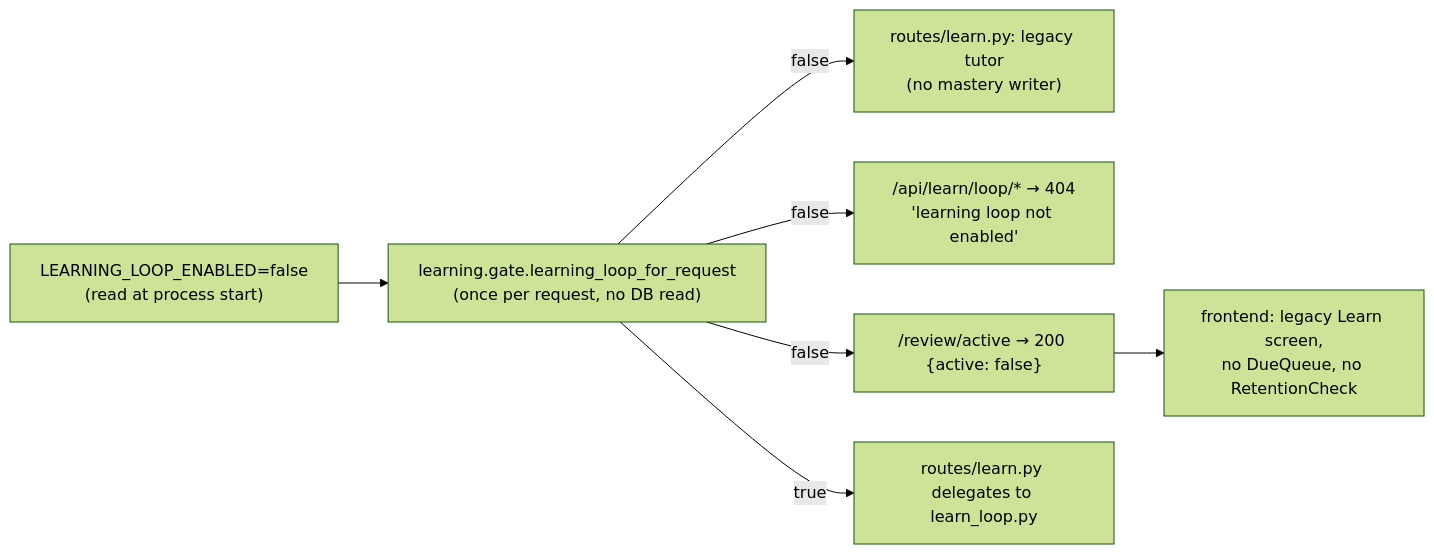
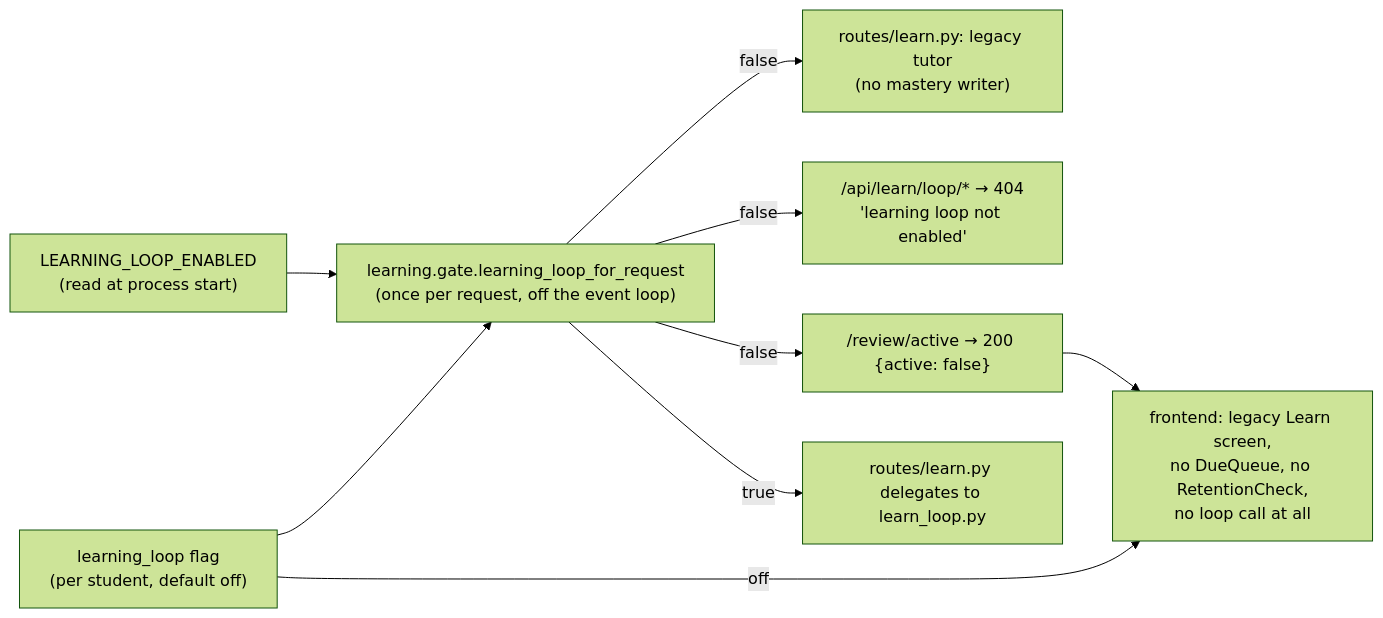
Before and after one commit to SaplingLearn/Sapling: the seventh of 8 diagrams in docs/learning-loop/flows.md, drawn with Mermaid (forest theme). The commit also changed other lines of this file and 63 other files, not shown here.

````diff
--- a/docs/learning-loop/flows.md
+++ b/docs/learning-loop/flows.md
@@ -918,9 +921,11 @@
 ```mermaid
 flowchart LR
-  ENV["LEARNING_LOOP_ENABLED=false<br/>(read at process start)"] --> GATE["learning.gate.learning_loop_for_request<br/>(once per request, no DB read)"]
+  ENV["LEARNING_LOOP_ENABLED<br/>(read at process start)"] --> GATE["learning.gate.learning_loop_for_request<br/>(once per request, off the event loop)"]
+  FLAG["learning_loop flag<br/>(per student, default off)"] --> GATE
   GATE -->|false| LEG["routes/learn.py: legacy tutor<br/>(no mastery writer)"]
   GATE -->|false| F404["/api/learn/loop/* → 404<br/>'learning loop not enabled'"]
   GATE -->|false| ACT["/review/active → 200 {active: false}"]
-  ACT --> FE["frontend: legacy Learn screen,<br/>no DueQueue, no RetentionCheck"]
+  FLAG -->|off| FE["frontend: legacy Learn screen,<br/>no DueQueue, no RetentionCheck,<br/>no loop call at all"]
+  ACT --> FE
   GATE -->|true| LOOP["routes/learn.py delegates to learn_loop.py"]
 ```
````
